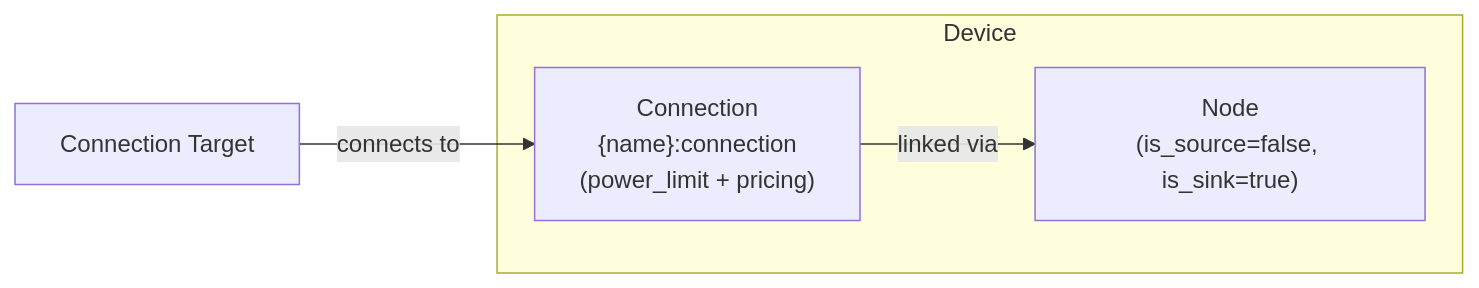
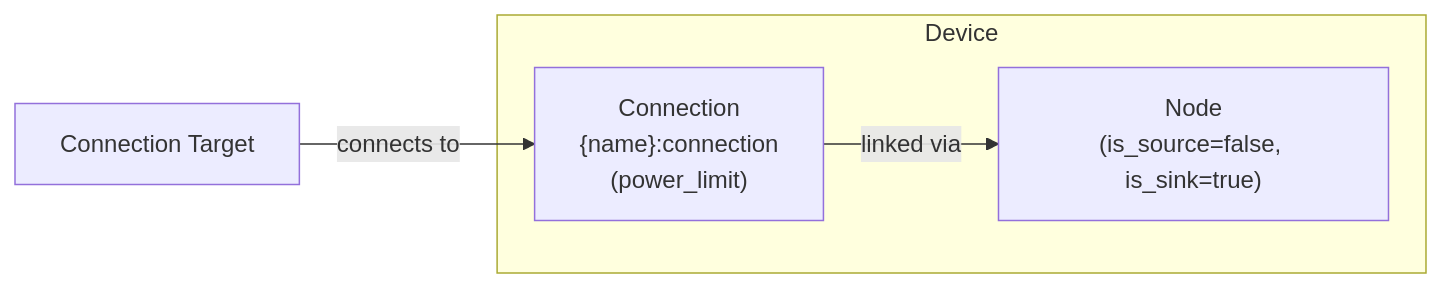
Before and after one commit to hass-energy/haeo: the diagram in docs/modeling/device-layer/loads.md, drawn with Mermaid. The commit also changed other lines of this file and 43 other files, not shown here.

````diff
--- a/docs/modeling/device-layer/loads.md
+++ b/docs/modeling/device-layer/loads.md
@@ -8,13 +8,13 @@
 ```mermaid
 graph LR
     subgraph "Device"
         SS["Node<br/>(is_source=false, is_sink=true)"]
-        Conn["Connection<br/>{name}:connection<br/>(power_limit + pricing)"]
+        Conn["Connection<br/>{name}:connection<br/>(power_limit)"]
     end
 
     Node[Connection Target]
 
 
     Conn -->|linked via| SS
     Node -->|connects to| Conn
 ```
````
